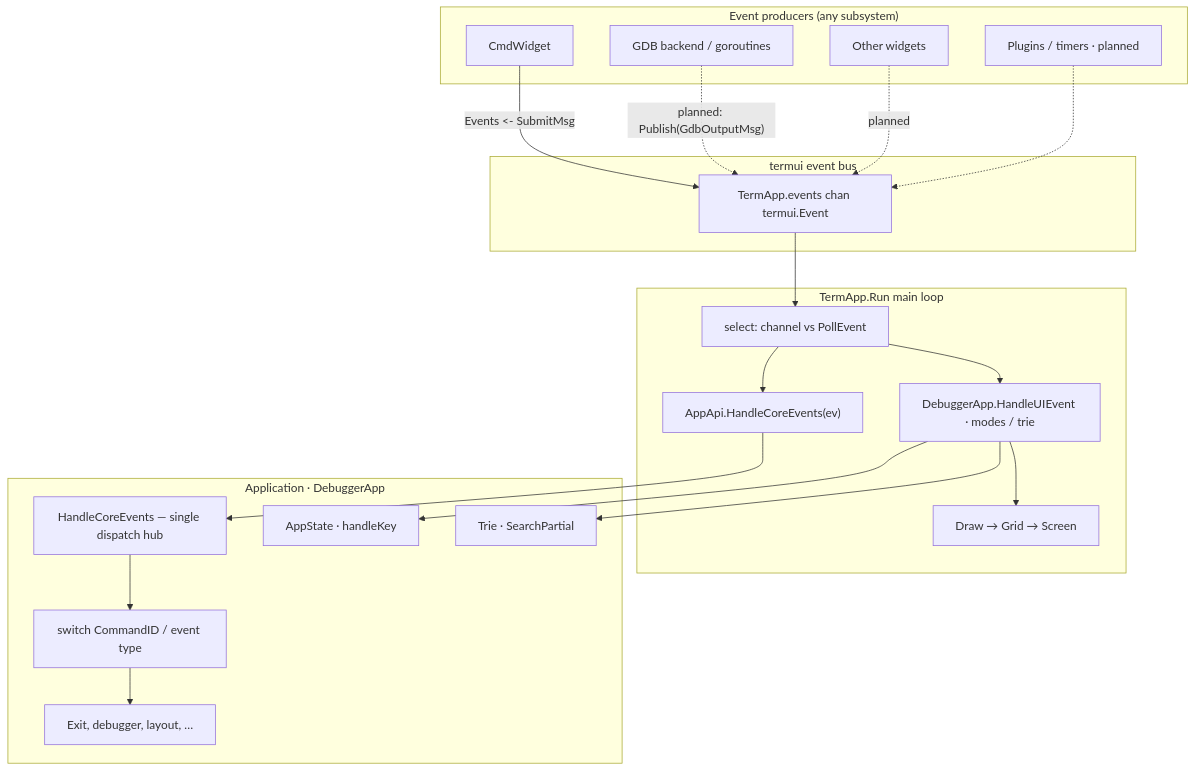
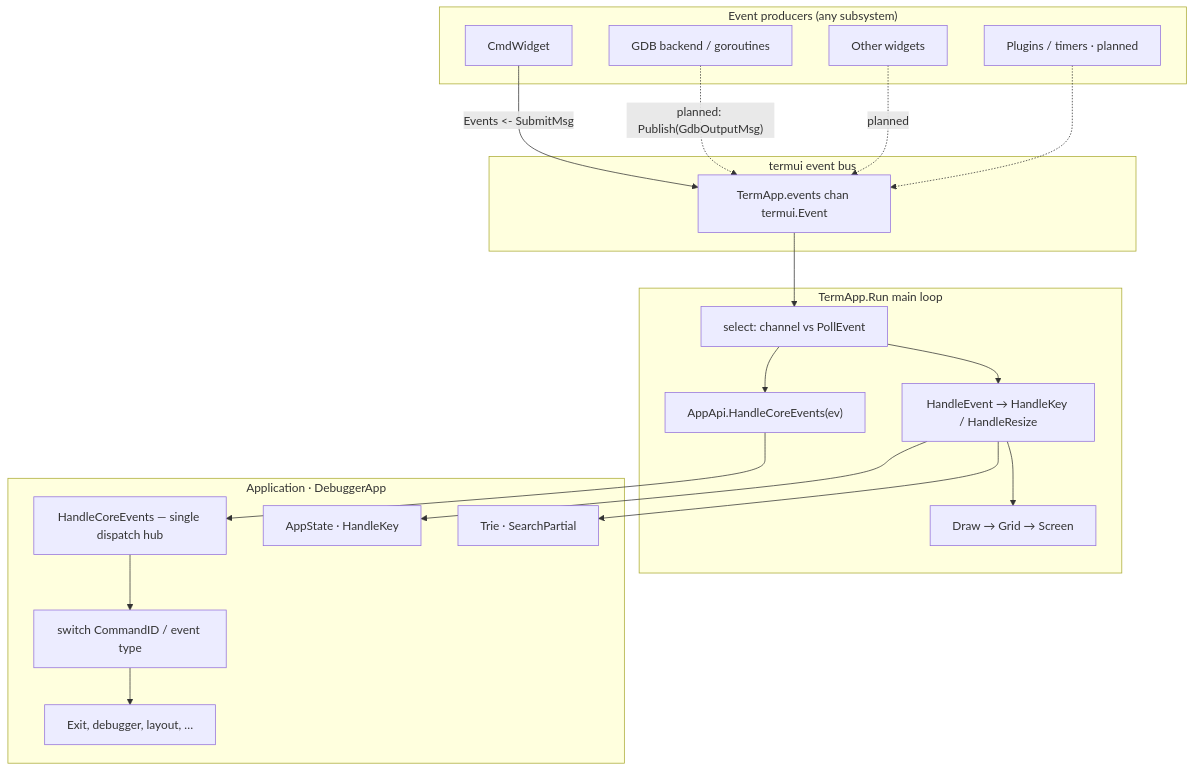
Before and after one commit to yairgd/gdbforge: the diagram in docs/diagrams/event_bus.mermaid, drawn with Mermaid. The commit also changed 11 other files, not shown here.

```diff
--- a/docs/diagrams/event_bus.mermaid
+++ b/docs/diagrams/event_bus.mermaid
@@ -1,40 +1,40 @@
 flowchart TB
     subgraph Producers["Event producers (any subsystem)"]
         CmdW["CmdWidget"]
         GDB["GDB backend / goroutines"]
         Widgets["Other widgets"]
         Future["Plugins / timers · planned"]
     end
 
     subgraph Bus["termui event bus"]
         Chan["TermApp.events chan termui.Event"]
     end
 
     subgraph Loop["TermApp.Run main loop"]
         Select["select: channel vs PollEvent"]
         CoreDispatch["AppApi.HandleCoreEvents(ev)"]
-        TcellDispatch["DebuggerApp.HandleUIEvent · modes / trie"]
+        TcellDispatch["HandleEvent → HandleKey / HandleResize"]
         Draw["Draw → Grid → Screen"]
     end
 
     subgraph App["Application · DebuggerApp"]
         Handler["HandleCoreEvents — single dispatch hub"]
         CmdSwitch["switch CommandID / event type"]
-        Modes["AppState · handleKey"]
+        Modes["AppState · HandleKey"]
         Trie["Trie · SearchPartial"]
         Actions["Exit, debugger, layout, …"]
     end
 
     CmdW -->|"Events <- SubmitMsg"| Chan
     GDB -.->|"planned: Publish(GdbOutputMsg)"| Chan
     Widgets -.->|"planned"| Chan
     Future -.-> Chan
 
     Chan --> Select
     Select --> CoreDispatch
     CoreDispatch --> Handler --> CmdSwitch --> Actions
 
     Select --> TcellDispatch
     TcellDispatch --> Modes
     TcellDispatch --> Trie
     TcellDispatch --> Draw
```
